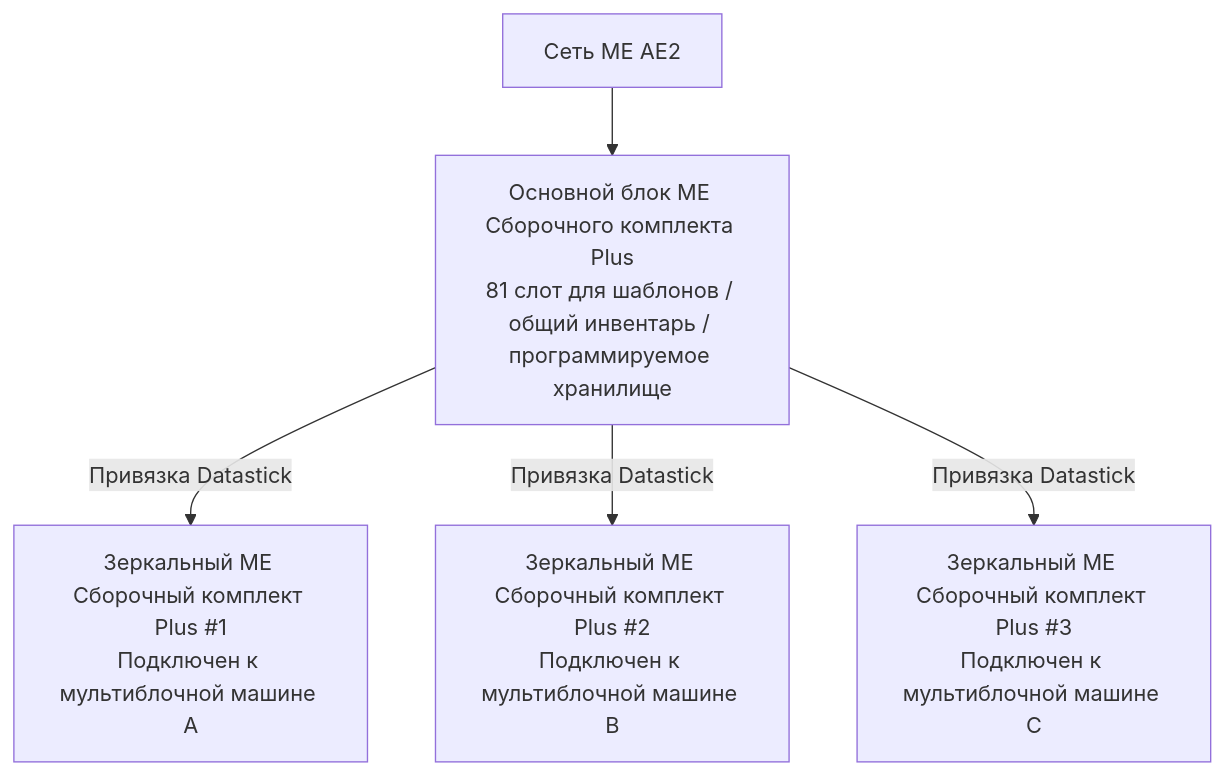
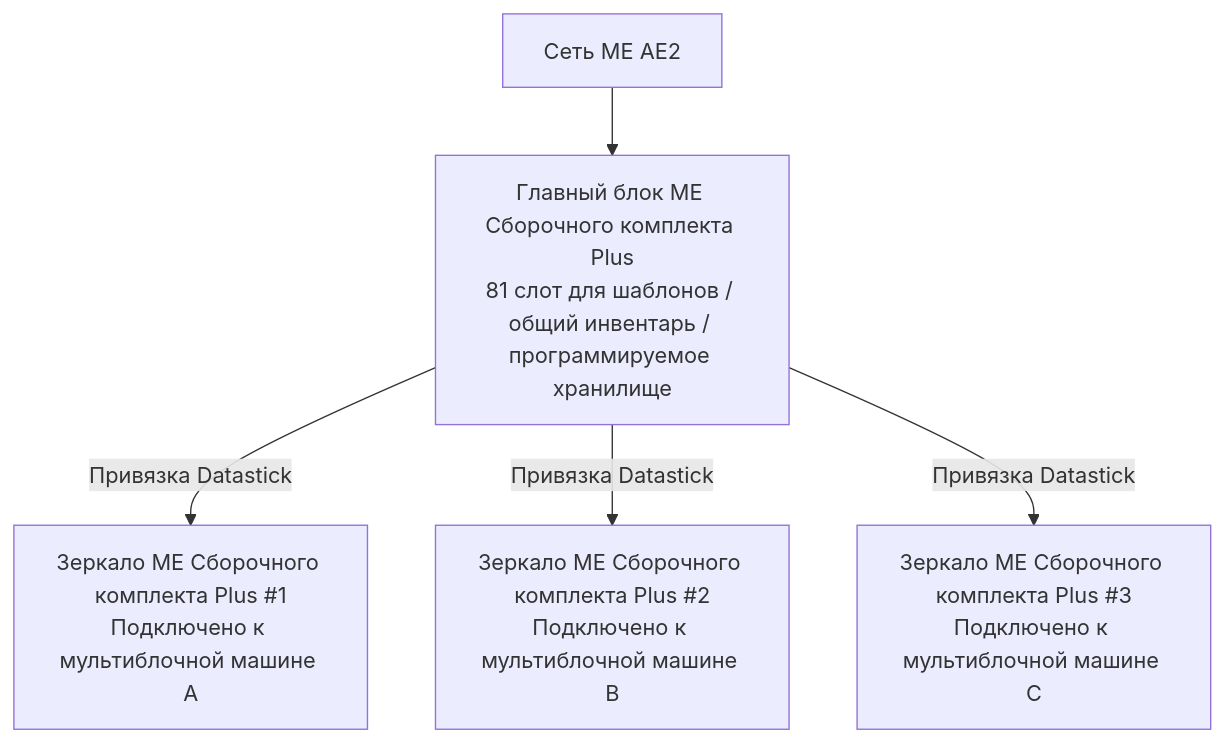
The diagram in docs/ru/gtecore/ae2-integration.md (takanashisatou/GregtechEasy), drawn with Mermaid before and after one commit. The commit also changed other lines of this file and 138 other files, not shown here.

````diff
--- a/docs/ru/gtecore/ae2-integration.md
+++ b/docs/ru/gtecore/ae2-integration.md
@@ -13,7 +13,7 @@
 ```mermaid
 graph TD
-    A[Сеть ME AE2] --> B[Основной блок ME Сборочного комплекта Plus<br/>81 слот для шаблонов / общий инвентарь / программируемое хранилище]
-    B -->|Привязка Datastick| C[Зеркальный ME Сборочный комплект Plus #1<br/>Подключен к мультиблочной машине A]
-    B -->|Привязка Datastick| D[Зеркальный ME Сборочный комплект Plus #2<br/>Подключен к мультиблочной машине B]
-    B -->|Привязка Datastick| E[Зеркальный ME Сборочный комплект Plus #3<br/>Подключен к мультиблочной машине C]
+    A[Сеть ME AE2] --> B[Главный блок ME Сборочного комплекта Plus<br/>81 слот для шаблонов / общий инвентарь / программируемое хранилище]
+    B -->|Привязка Datastick| C[Зеркало ME Сборочного комплекта Plus #1<br/>Подключено к мультиблочной машине A]
+    B -->|Привязка Datastick| D[Зеркало ME Сборочного комплекта Plus #2<br/>Подключено к мультиблочной машине B]
+    B -->|Привязка Datastick| E[Зеркало ME Сборочного комплекта Plus #3<br/>Подключено к мультиблочной машине C]
 ```
````
